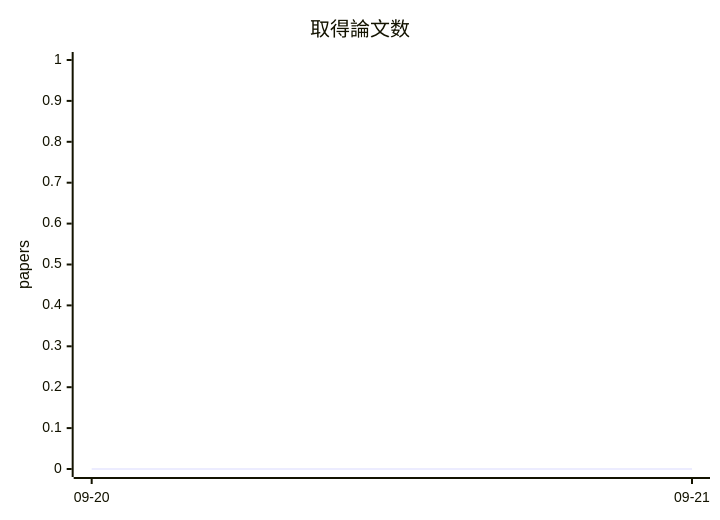
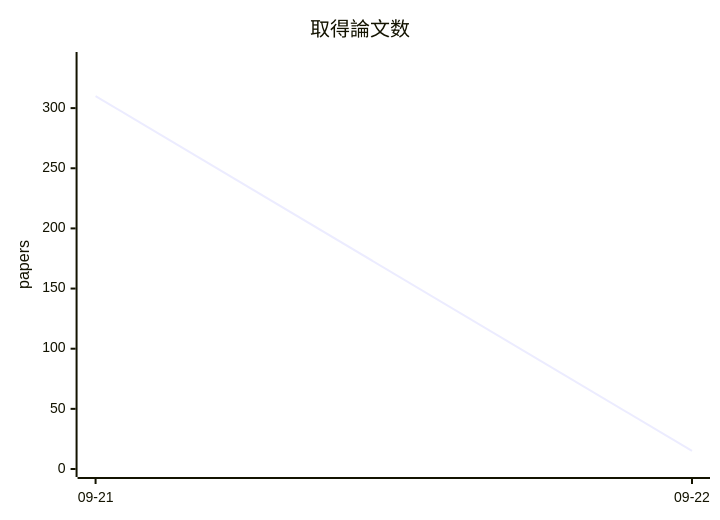
One commit to uzak0209/AI-Research changed the third of 3 diagrams in docs/metrics-trend.md. Above: the diagram before and after it, drawn with Mermaid. The commit also changed other lines of this file and 3 other files, not shown here.

````diff
--- a/docs/metrics-trend.md
+++ b/docs/metrics-trend.md
@@ -52,7 +67,7 @@
 ```mermaid
 xychart-beta
     title "取得論文数"
-    x-axis ["09-20", "09-21"]
-    y-axis "papers" 0 --> 1
-    line [0, 0]
+    x-axis ["09-21", "09-22"]
+    y-axis "papers" 0 --> 340
+    line [310, 15]
 ```
````
